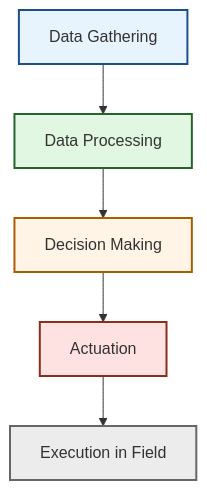
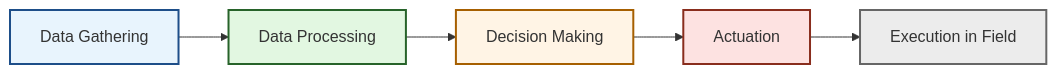
Diagram 13 of 15 in presentations/lecture_11.qmd (00113844/AGRI4401_website), drawn with Mermaid before and after one commit. The commit also changed other lines of this file and 7 other files, not shown here.

````diff
--- a/presentations/lecture_11.qmd
+++ b/presentations/lecture_11.qmd
@@ -812,12 +784,12 @@
 ```{mermaid}
-flowchart TD
+flowchart LR
     DG[Data Gathering] --> DP[Data Processing]
     DP --> DM[Decision Making]
     DM --> AC[Actuation]
     AC --> EX[Execution in Field]
     style DG fill:#E8F4FD,stroke:#1D4E89,stroke-width:2px
     style DP fill:#E2F7E1,stroke:#27632A,stroke-width:2px
     style DM fill:#FFF4E5,stroke:#A65F00,stroke-width:2px
     style AC fill:#FDE2E1,stroke:#892D1D,stroke-width:2px
     style EX fill:#ECECEC,stroke:#666666,stroke-width:2px
 ```
````
